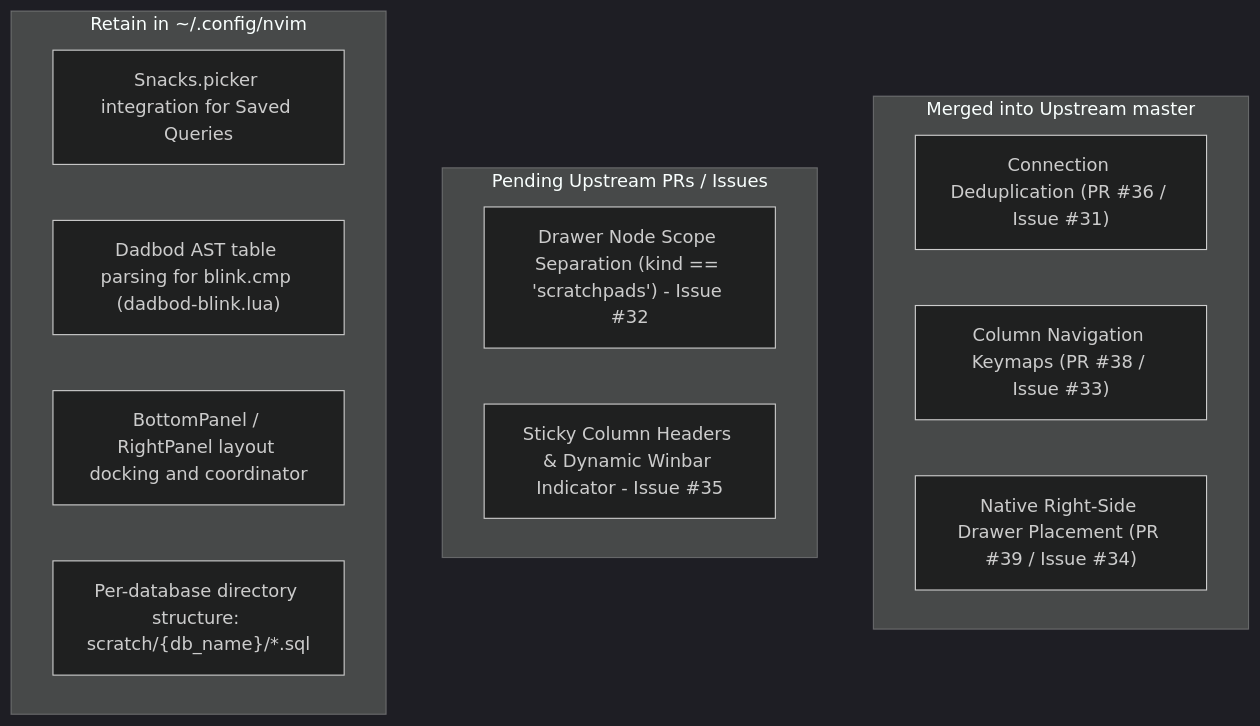
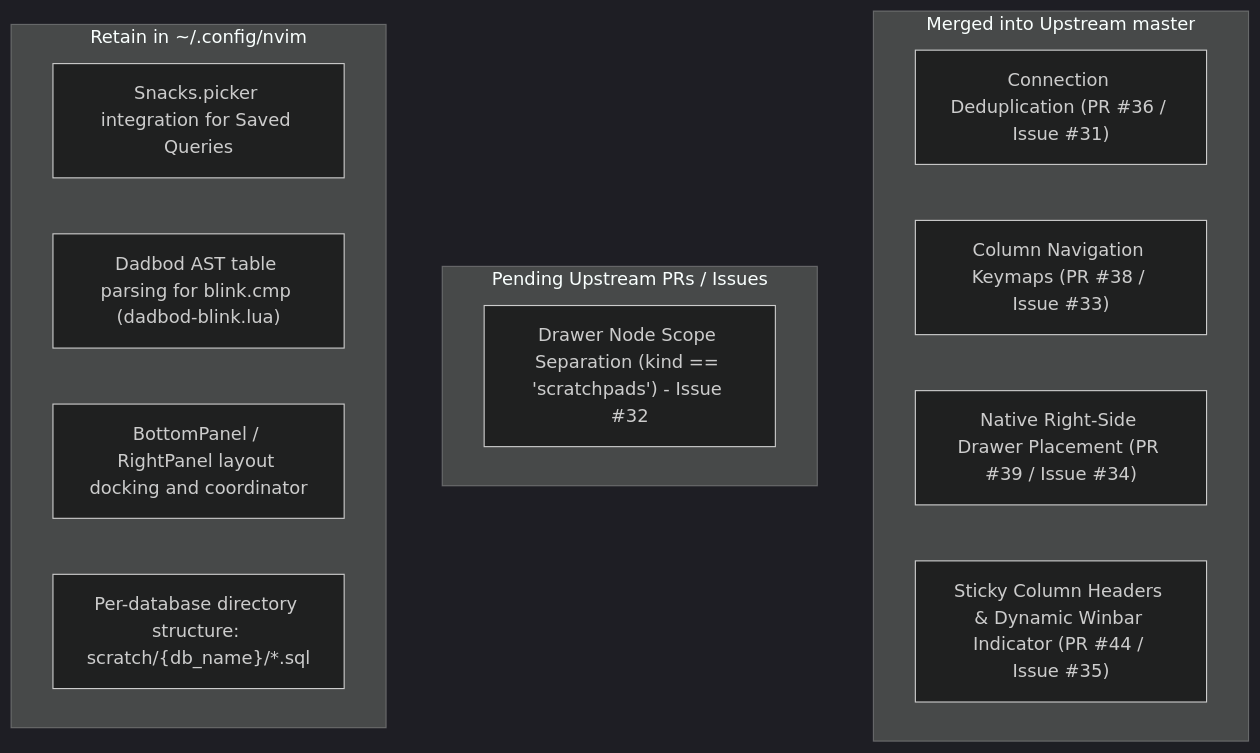
One commit to george-tk/nvim changed the diagram in database_agent.md. Above: the diagram before and after it, drawn with Mermaid (dark theme). The commit also changed other lines of this file and 1 other file, not shown here.

````diff
--- a/database_agent.md
+++ b/database_agent.md
@@ -34,20 +34,20 @@
 ```mermaid
 flowchart TD
     subgraph Resolved Upstream [Merged into Upstream master]
         A["Connection Deduplication (PR #36 / Issue #31)"]
         C["Column Navigation Keymaps (PR #38 / Issue #33)"]
         I["Native Right-Side Drawer Placement (PR #39 / Issue #34)"]
+        D["Sticky Column Headers & Dynamic Winbar Indicator (PR #44 / Issue #35)"]
     end
 
     subgraph Upstream Candidates [Pending Upstream PRs / Issues]
         B["Drawer Node Scope Separation (kind == 'scratchpads') - Issue #32"]
-        D["Sticky Column Headers & Dynamic Winbar Indicator - Issue #35"]
     end
 
     subgraph User Config Integrations [Retain in ~/.config/nvim]
         E["Snacks.picker integration for Saved Queries"]
         F["Dadbod AST table parsing for blink.cmp (dadbod-blink.lua)"]
         G["BottomPanel / RightPanel layout docking and coordinator"]
         H["Per-database directory structure: scratch/{db_name}/*.sql"]
     end
 ```
````
